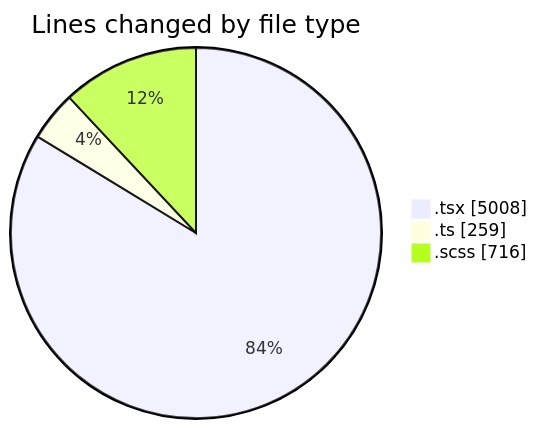
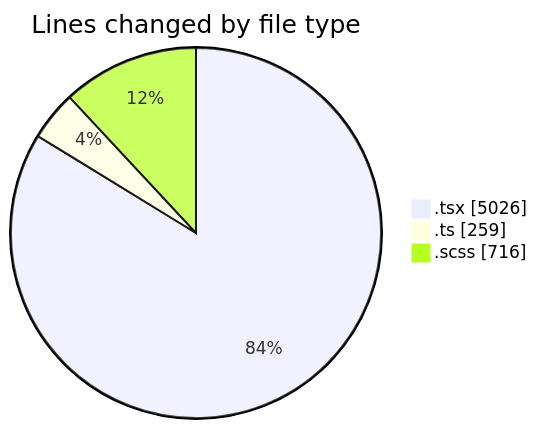
The first of 2 diagrams in 2025-09-15/cda/README.md (momahboobian/code-tracking), drawn with Mermaid before and after one commit. The commit also changed other lines of this file and 1 other file, not shown here.

````diff
--- a/2025-09-15/cda/README.md
+++ b/2025-09-15/cda/README.md
@@ -27,7 +27,7 @@
 ```mermaid
 pie showData
 title Lines changed by file type
-".tsx" : 5008
+".tsx" : 5026
 ".ts" : 259
 ".scss" : 716
 ```
````
